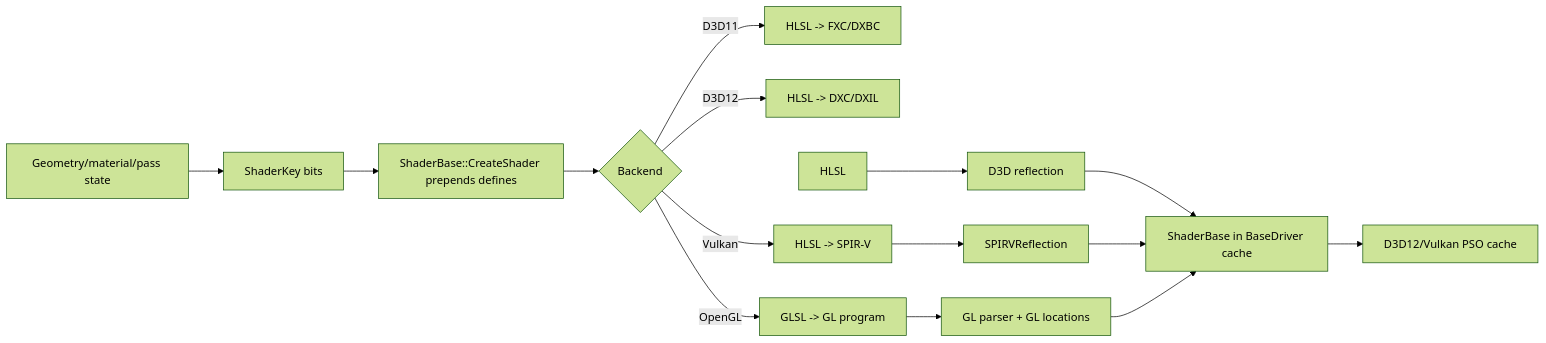
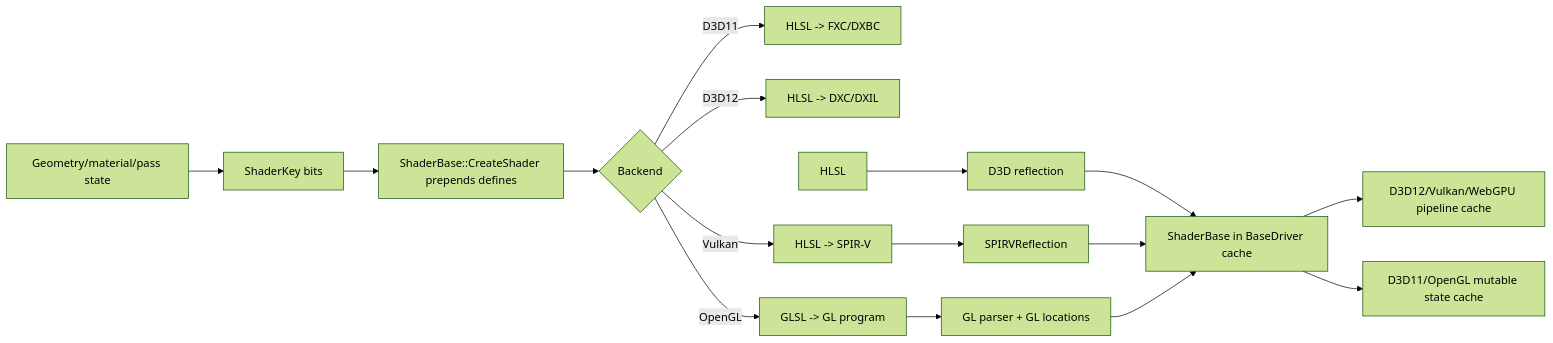
The first of 3 diagrams in documentation/rendering/shader-management.md (0Camus0/T850), drawn with Mermaid (forest theme) before and after one commit. The commit also changed other lines of this file and 31 other files, not shown here.

````diff
--- a/documentation/rendering/shader-management.md
+++ b/documentation/rendering/shader-management.md
@@ -61,17 +61,18 @@
 ```mermaid
 flowchart LR
   Mesh["Geometry/material/pass state"] --> Key["ShaderKey bits"]
   Key --> Defines["ShaderBase::CreateShader prepends defines"]
   Defines --> Source{"Backend"}
   Source -->|D3D11| HLSL11["HLSL -> FXC/DXBC"]
   Source -->|D3D12| HLSL12["HLSL -> DXC/DXIL"]
   Source -->|Vulkan| SPV["HLSL -> SPIR-V"]
   Source -->|OpenGL| GLSL["GLSL -> GL program"]
   HLSL --> ReflectD3D["D3D reflection"]
   SPV --> ReflectSPV["SPIRVReflection"]
   GLSL --> ReflectGL["GL parser + GL locations"]
   ReflectD3D --> Runtime["ShaderBase in BaseDriver cache"]
   ReflectSPV --> Runtime
   ReflectGL --> Runtime
-  Runtime --> PSO["D3D12/Vulkan PSO cache"]
+  Runtime --> PSO["D3D12/Vulkan/WebGPU pipeline cache"]
+  Runtime --> State["D3D11/OpenGL mutable state cache"]
 ```
````
